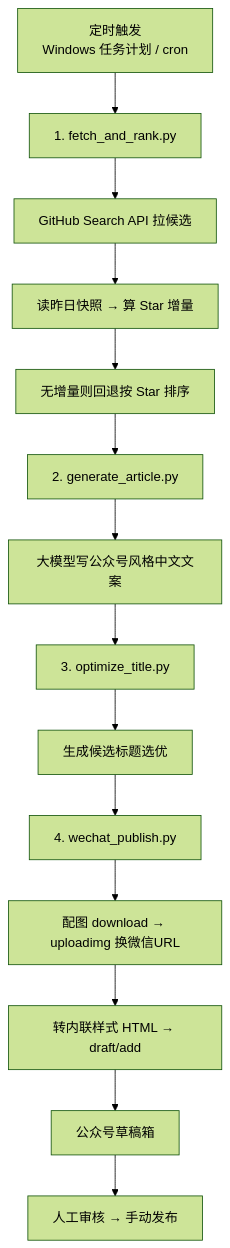
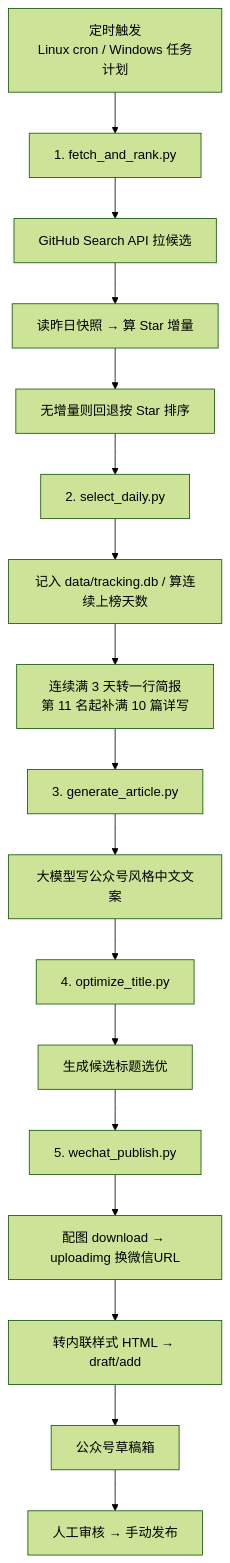
The diagram in README.md (chenchen-0212/github-trending-to-wechat), drawn with Mermaid (forest theme) before and after one commit. The commit also changed other lines of this file and 8 other files, not shown here.

````diff
--- a/README.md
+++ b/README.md
@@ -13,16 +13,19 @@
 ```mermaid
 flowchart TD
-    A[定时触发<br/>Windows 任务计划 / cron] --> B[1. fetch_and_rank.py]
+    A[定时触发<br/>Linux cron / Windows 任务计划] --> B[1. fetch_and_rank.py]
     B --> B1[GitHub Search API 拉候选]
     B1 --> B2[读昨日快照 → 算 Star 增量]
     B2 --> B3[无增量则回退按 Star 排序]
-    B3 --> C[2. generate_article.py]
+    B3 --> B4[2. select_daily.py]
+    B4 --> B5[记入 data/tracking.db / 算连续上榜天数]
+    B5 --> B6[连续满 3 天转一行简报<br/>第 11 名起补满 10 篇详写]
+    B6 --> C[3. generate_article.py]
     C --> C1[大模型写公众号风格中文文案]
-    C1 --> D[3. optimize_title.py]
+    C1 --> D[4. optimize_title.py]
     D --> D1[生成候选标题选优]
-    D1 --> E[4. wechat_publish.py]
+    D1 --> E[5. wechat_publish.py]
     E --> E1[配图 download → uploadimg 换微信URL]
     E1 --> E2[转内联样式 HTML → draft/add]
     E2 --> F[公众号草稿箱]
     F --> G[人工审核 → 手动发布]
 ```
````
